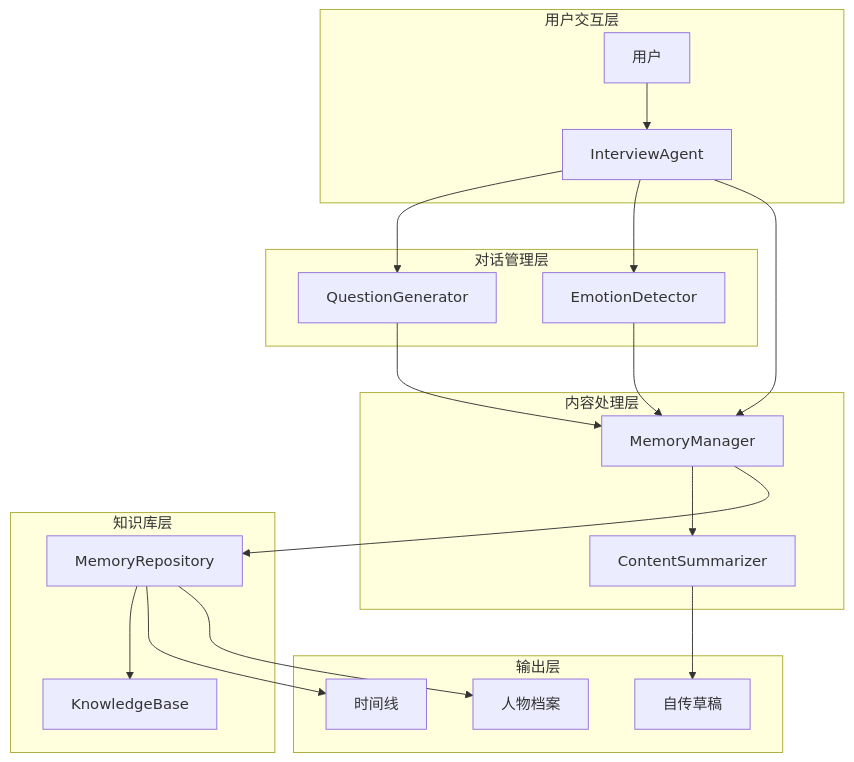
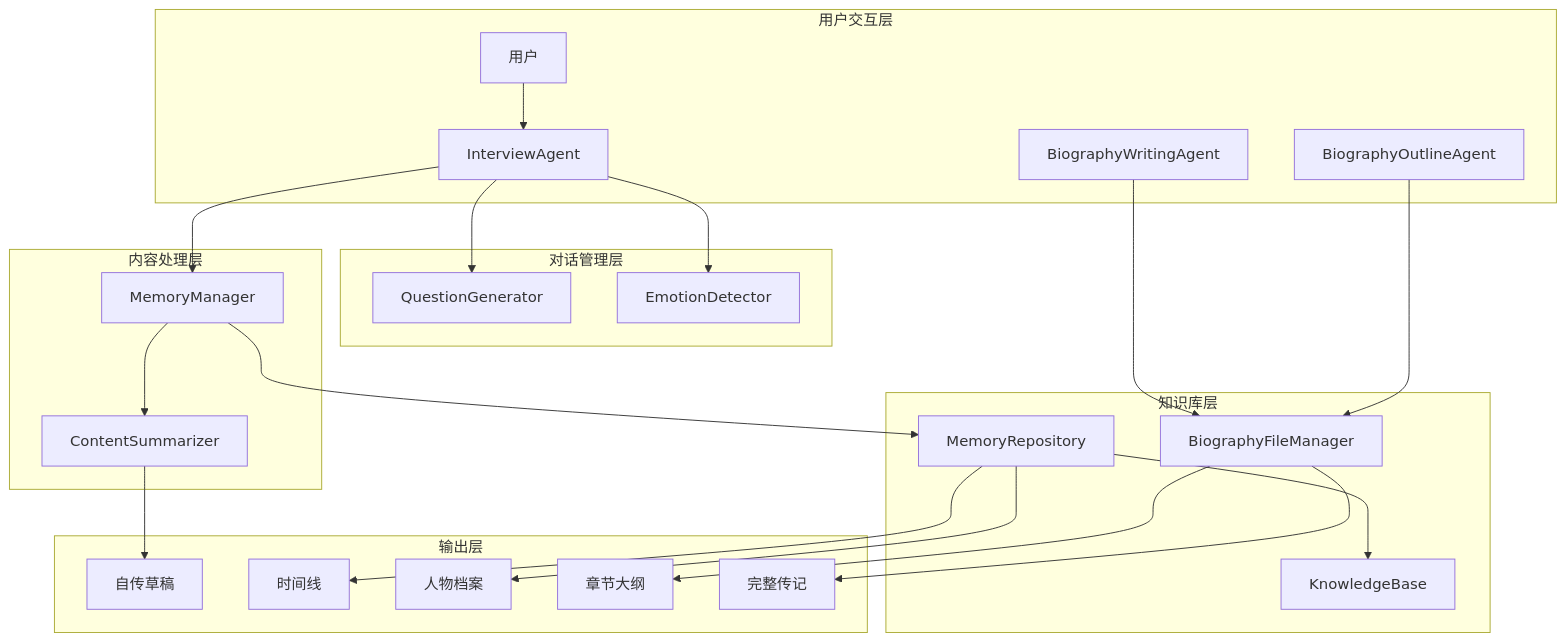
Before and after one commit to WangYiKai1017/zizuan: the second of 14 diagrams in .qoder/repowiki/zh/content/自传生成系统.md, drawn with Mermaid. The commit also changed other lines of this file and 99 other files, not shown here.

````diff
--- a/.qoder/repowiki/zh/content/自传生成系统.md
+++ b/.qoder/repowiki/zh/content/自传生成系统.md
@@ -131,36 +181,43 @@
 ```mermaid
 flowchart TB
 subgraph "用户交互层"
 U[用户]
 A1[InterviewAgent]
+A2[BiographyOutlineAgent]
+A3[BiographyWritingAgent]
 end
 subgraph "对话管理层"
-A2[QuestionGenerator]
-A3[EmotionDetector]
+A4[QuestionGenerator]
+A5[EmotionDetector]
 end
 subgraph "内容处理层"
 B1[MemoryManager]
 B2[ContentSummarizer]
 end
 subgraph "知识库层"
 C1[MemoryRepository]
 C2[KnowledgeBase]
+C3[BiographyFileManager]
 end
 subgraph "输出层"
 D1[自传草稿]
 D2[时间线]
 D3[人物档案]
+D4[章节大纲]
+D5[完整传记]
 end
 U --> A1
-A1 --> A2
-A1 --> A3
+A1 --> A4
+A1 --> A5
 A1 --> B1
-A2 --> B1
-A3 --> B1
+A2 --> C3
+A3 --> C3
 B1 --> B2
 B1 --> C1
 C1 --> C2
+C3 --> D4
+C3 --> D5
 B2 --> D1
 C1 --> D2
 C1 --> D3
 ```
````
